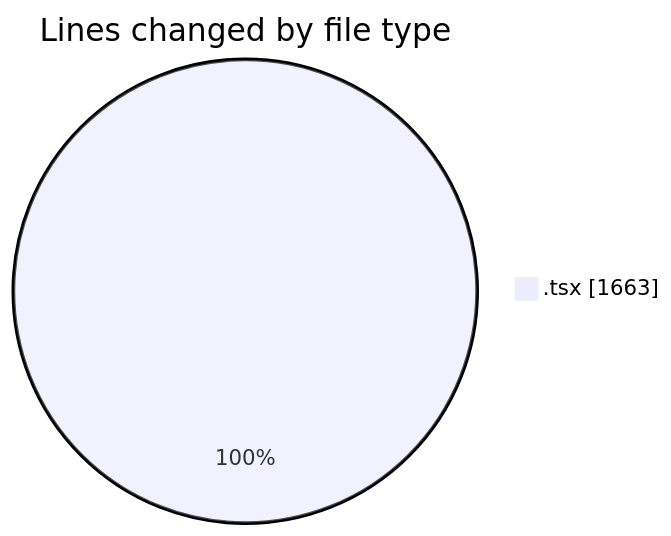
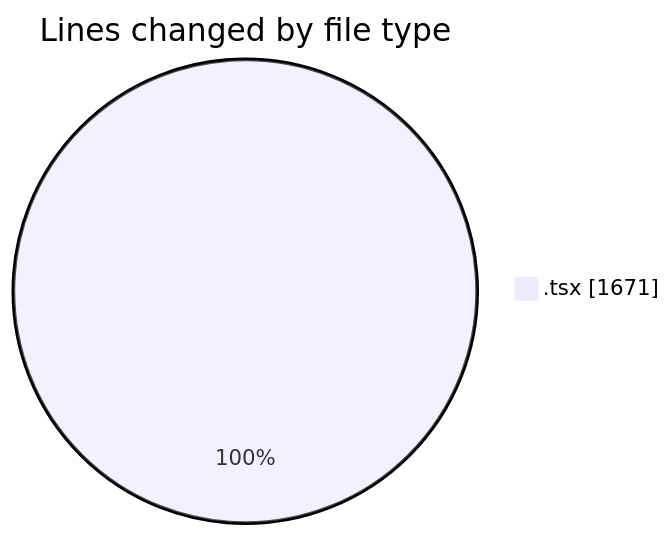
Before and after one commit to momahboobian/code-tracking: the first of 2 diagrams in 2025-09-30/cda/README.md, drawn with Mermaid. The commit also changed other lines of this file and 1 other file, not shown here.

````diff
--- a/2025-09-30/cda/README.md
+++ b/2025-09-30/cda/README.md
@@ -21,5 +21,5 @@
 ```mermaid
 pie showData
 title Lines changed by file type
-".tsx" : 1663
+".tsx" : 1671
 ```
````
